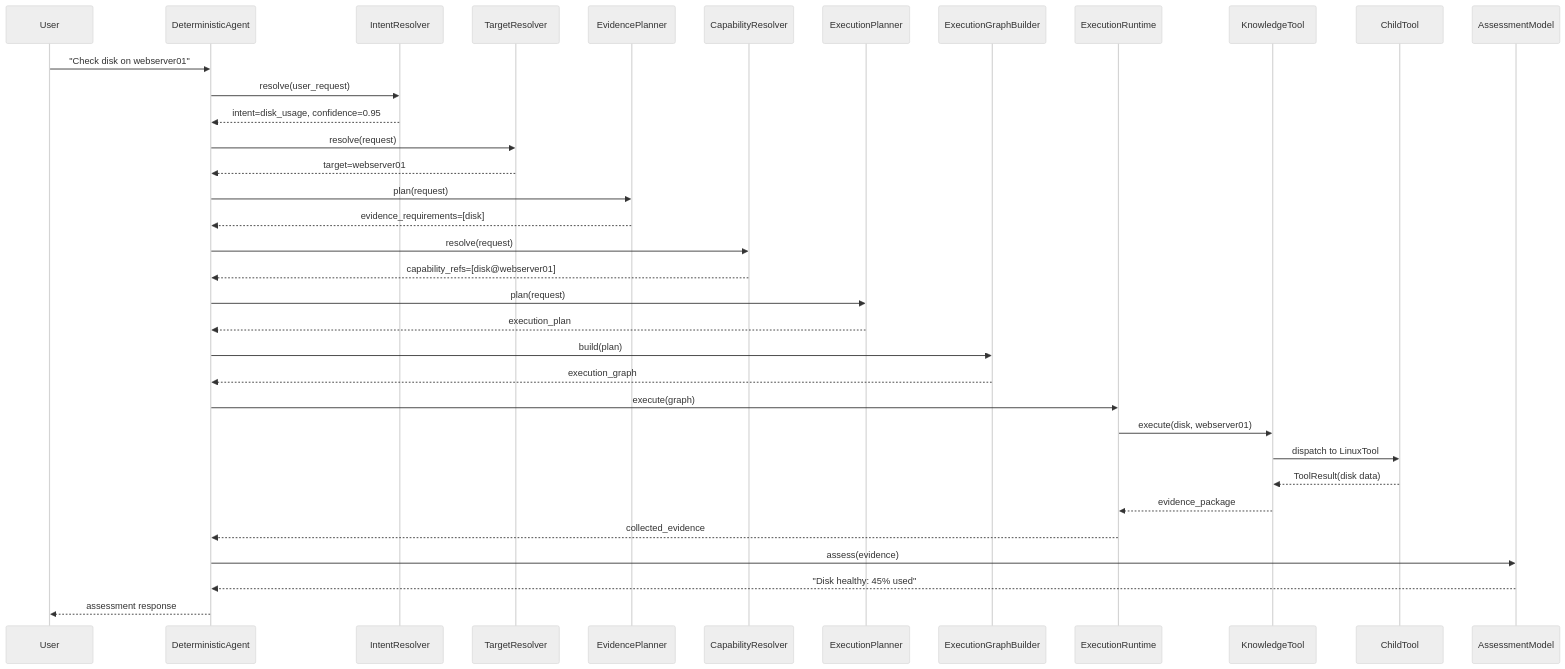
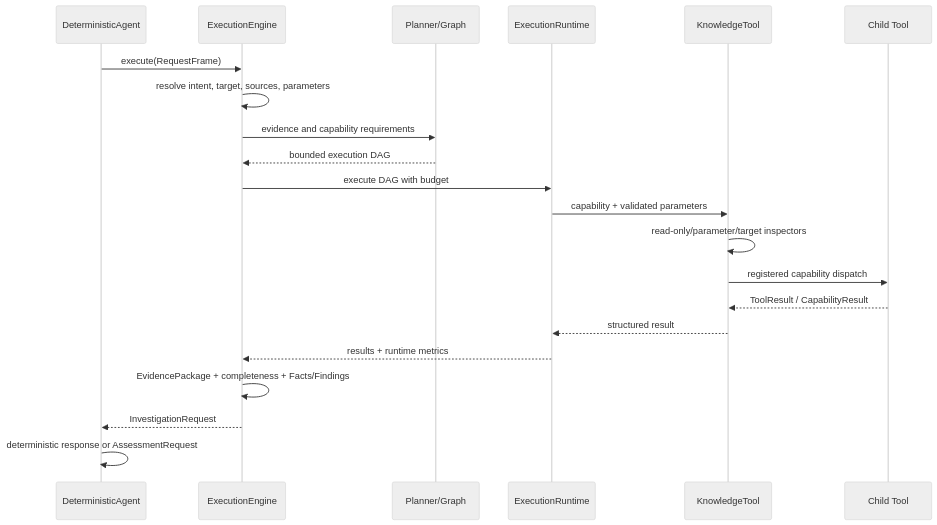
The second of 5 diagrams in docs/architecture/diagrams.md (phamhuubinh/infrastructure-agent), drawn with Mermaid (neutral theme) before and after one commit. The commit also changed other lines of this file and 42 other files, not shown here.

````diff
--- a/docs/architecture/diagrams.md
+++ b/docs/architecture/diagrams.md
@@ -9,38 +30,24 @@
 ```mermaid
 sequenceDiagram
-    participant User
-    participant Agent as DeterministicAgent
-    participant IR as IntentResolver
-    participant TR as TargetResolver
-    participant EP as EvidencePlanner
-    participant CR as CapabilityResolver
-    participant EPl as ExecutionPlanner
-    participant EG as ExecutionGraphBuilder
-    participant ER as ExecutionRuntime
-    participant KT as KnowledgeTool
-    participant CT as ChildTool
-    participant AM as AssessmentModel
+    participant A as DeterministicAgent
+    participant E as ExecutionEngine
+    participant P as Planner/Graph
+    participant R as ExecutionRuntime
+    participant K as KnowledgeTool
+    participant T as Child Tool
 
-    User->>Agent: "Check disk on webserver01"
-    Agent->>IR: resolve(user_request)
-    IR-->>Agent: intent=disk_usage, confidence=0.95
-    Agent->>TR: resolve(request)
-    TR-->>Agent: target=webserver01
-    Agent->>EP: plan(request)
-    EP-->>Agent: evidence_requirements=[disk]
-    Agent->>CR: resolve(request)
-    CR-->>Agent: capability_refs=[disk@webserver01]
-    Agent->>EPl: plan(request)
-    EPl-->>Agent: execution_plan
-    Agent->>EG: build(plan)
-    EG-->>Agent: execution_graph
-    Agent->>ER: execute(graph)
-    ER->>KT: execute(disk, webserver01)
-    KT->>CT: dispatch to LinuxTool
-    CT-->>KT: ToolResult(disk data)
-    KT-->>ER: evidence_package
-    ER-->>Agent: collected_evidence
-    Agent->>AM: assess(evidence)
-    AM-->>Agent: "Disk healthy: 45% used"
-    Agent-->>User: assessment response
+    A->>E: execute(RequestFrame)
+    E->>E: resolve intent, target, sources, parameters
+    E->>P: evidence and capability requirements
+    P-->>E: bounded execution DAG
+    E->>R: execute DAG with budget
+    R->>K: capability + validated parameters
+    K->>K: read-only/parameter/target inspectors
+    K->>T: registered capability dispatch
+    T-->>K: ToolResult / CapabilityResult
+    K-->>R: structured result
+    R-->>E: results + runtime metrics
+    E->>E: EvidencePackage + completeness + Facts/Findings
+    E-->>A: InvestigationRequest
+    A->>A: deterministic response or AssessmentRequest
 ```
````
